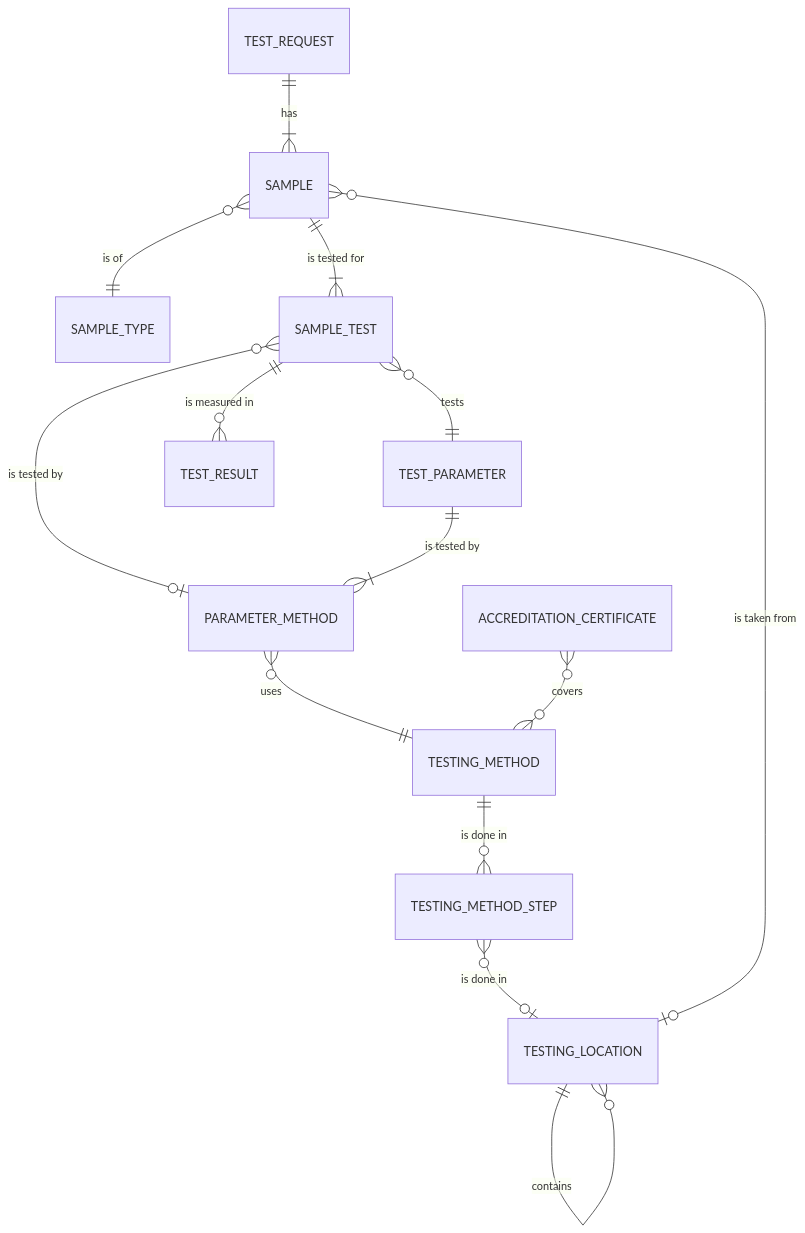
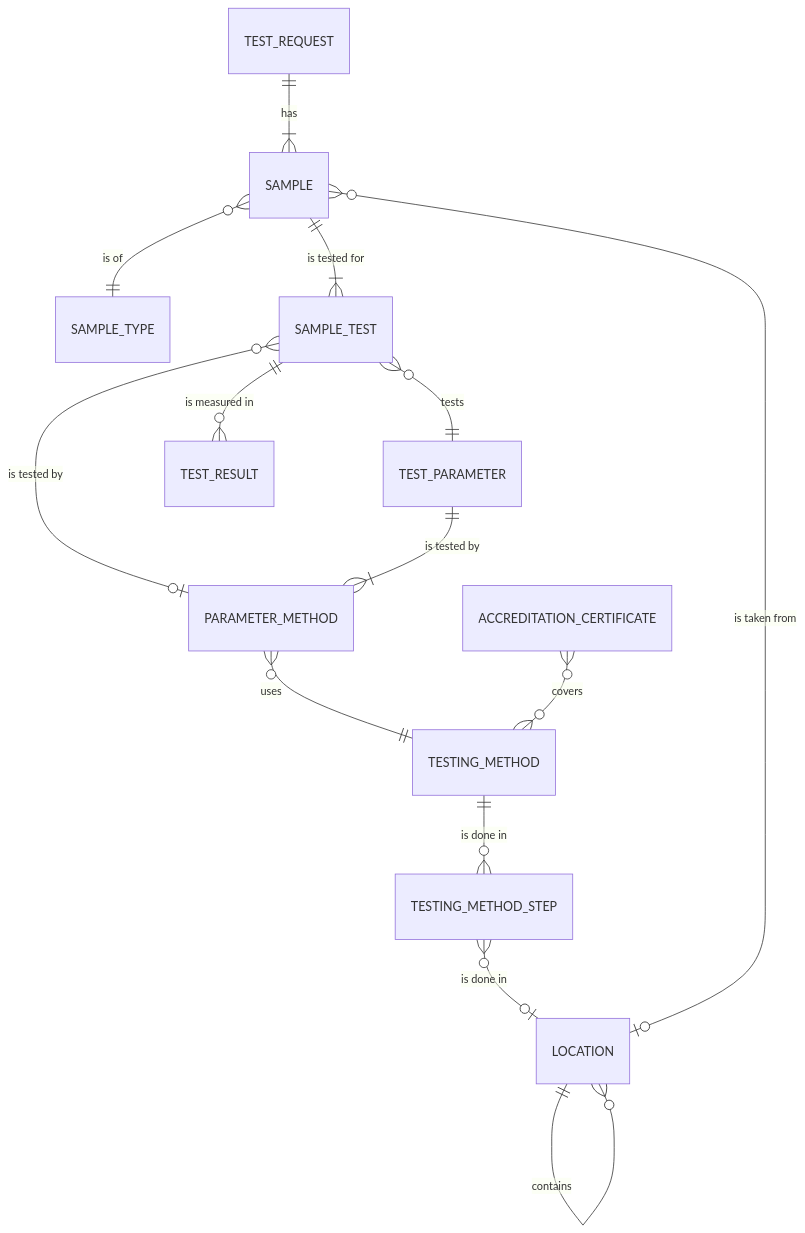
One commit to SoltuneMontepre/medilab changed the first of 6 diagrams in docs/functional/laboratory_module/overview.md. Above: the diagram before and after it, drawn with Mermaid. The commit also changed other lines of this file and 7 other files, not shown here.

````diff
--- a/docs/functional/laboratory_module/overview.md
+++ b/docs/functional/laboratory_module/overview.md
@@ -14,16 +14,16 @@
 ```mermaid
 erDiagram
     TEST_REQUEST ||--|{ SAMPLE : has
     SAMPLE }o--|| SAMPLE_TYPE : "is of"
     SAMPLE ||--|{ SAMPLE_TEST : "is tested for"
     SAMPLE_TEST }o--|| TEST_PARAMETER : tests
     SAMPLE_TEST }o--o| PARAMETER_METHOD : "is tested by"
     TEST_PARAMETER ||--|{ PARAMETER_METHOD : "is tested by"
     PARAMETER_METHOD }o--|| TESTING_METHOD : uses
     TESTING_METHOD ||--o{ TESTING_METHOD_STEP : "is done in"
-    TESTING_LOCATION ||--o{ TESTING_LOCATION : contains
-    TESTING_METHOD_STEP }o--o| TESTING_LOCATION : "is done in"
-    SAMPLE }o--o| TESTING_LOCATION : "is taken from"
+    LOCATION ||--o{ LOCATION : contains
+    TESTING_METHOD_STEP }o--o| LOCATION : "is done in"
+    SAMPLE }o--o| LOCATION : "is taken from"
     ACCREDITATION_CERTIFICATE }o--o{ TESTING_METHOD : covers
     SAMPLE_TEST ||--o{ TEST_RESULT : "is measured in"
 ```
````
